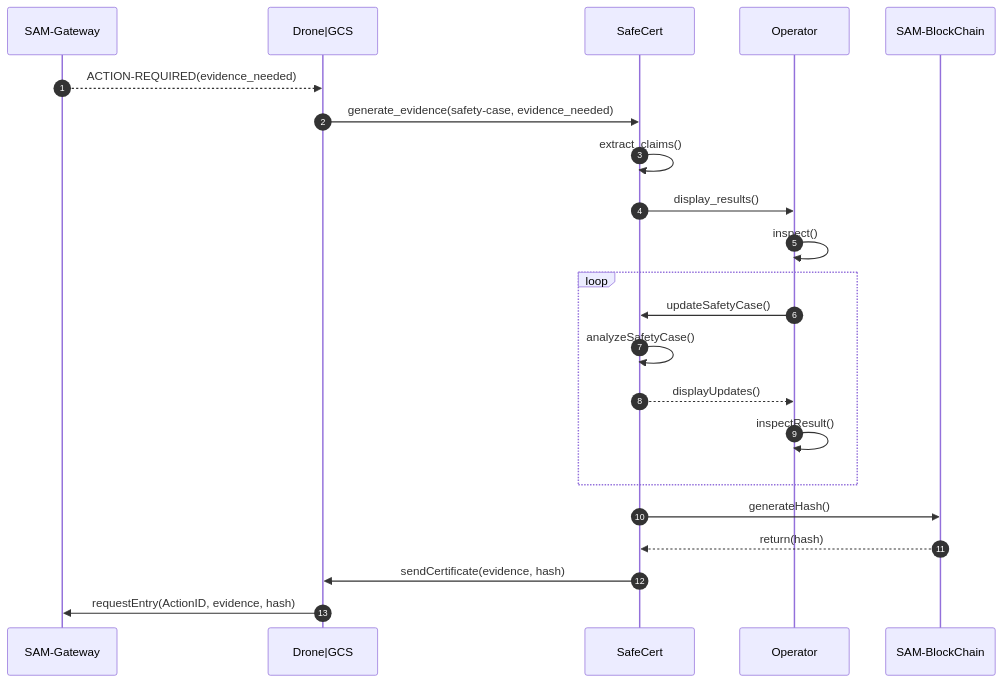
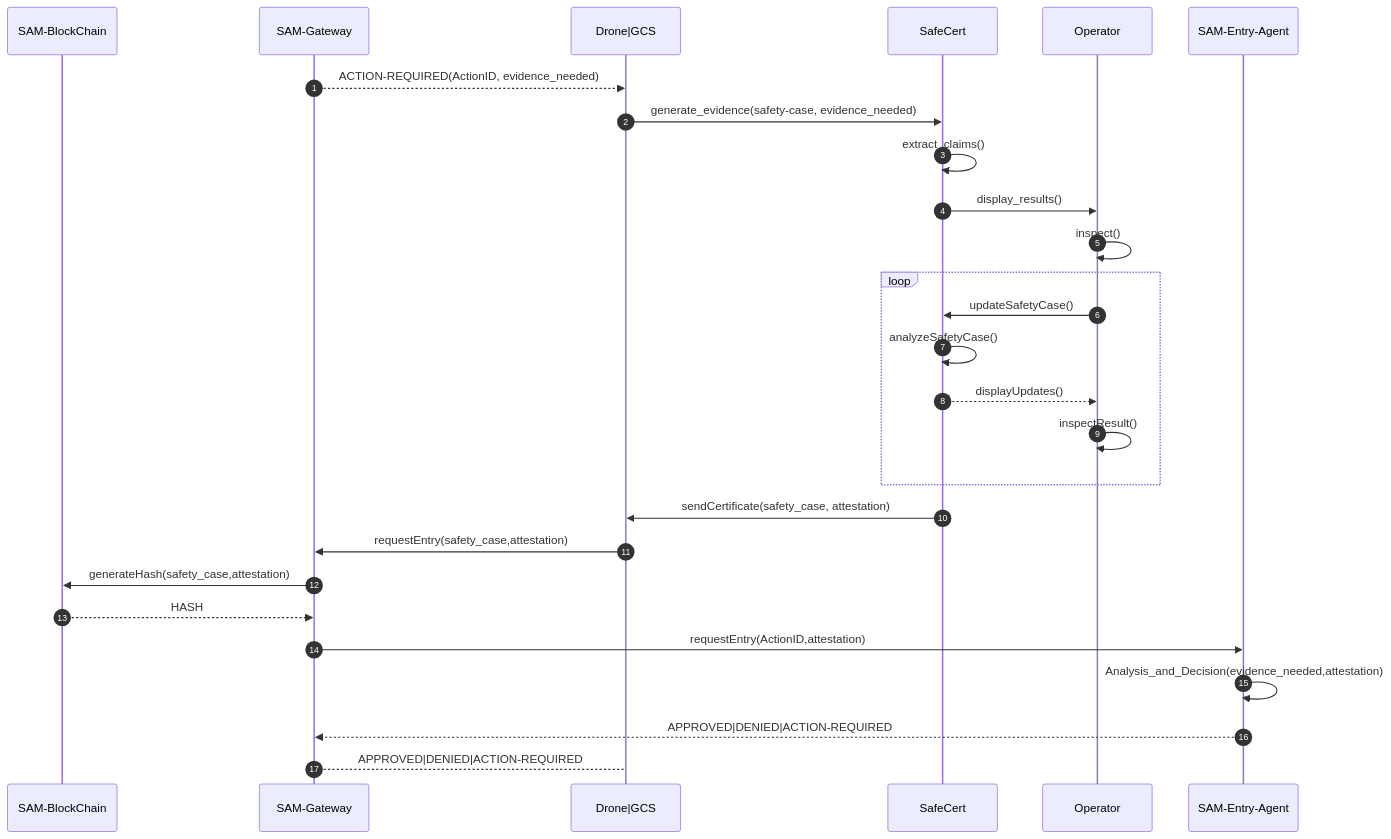
Before and after one commit to SADE-ZONE/workflows: the diagram in figures/svg/code_for_uml/generate_certificate.mmd, drawn with Mermaid. The commit also changed other lines of this file and 1 other file, not shown here.

Commit message:
Updated generate certificate.svg

```diff
--- a/figures/svg/code_for_uml/generate_certificate.mmd
+++ b/figures/svg/code_for_uml/generate_certificate.mmd
@@ -1,22 +1,26 @@
 sequenceDiagram
   autonumber
+  participant SAM-BlockChain
   participant SAM-Gateway
   participant Drone|GCS
   participant SafeCert
   participant Operator
-  participant SAM-BlockChain
-  SAM-Gateway -->> Drone|GCS: ACTION-REQUIRED(evidence_needed)
+  SAM-Gateway -->> Drone|GCS: ACTION-REQUIRED(ActionID, evidence_needed)
   Drone|GCS->> SafeCert: generate_evidence(safety-case, evidence_needed)
   SafeCert ->> SafeCert: extract_claims()
   SafeCert ->> Operator: display_results()
   Operator ->> Operator: inspect()
   loop 
     Operator->>SafeCert: updateSafetyCase()
     SafeCert->>SafeCert: analyzeSafetyCase()
     SafeCert -->> Operator: displayUpdates()
     Operator ->> Operator: inspectResult()
   end
-  SafeCert ->> SAM-BlockChain: generateHash()
-  SAM-BlockChain -->> SafeCert: return(hash) 
-  SafeCert ->> Drone|GCS: sendCertificate(evidence, hash)
-  Drone|GCS ->> SAM-Gateway: requestEntry(ActionID, evidence, hash)
+  SafeCert ->> Drone|GCS: sendCertificate(safety_case, attestation)
+  Drone|GCS ->> SAM-Gateway: requestEntry(safety_case,attestation)
+  SAM-Gateway ->> SAM-BlockChain: generateHash(safety_case,attestation)
+  SAM-BlockChain -->> SAM-Gateway: HASH
+  SAM-Gateway ->> SAM-Entry-Agent: requestEntry(ActionID,attestation)
+  SAM-Entry-Agent ->> SAM-Entry-Agent: Analysis_and_Decision(evidence_needed,attestation)
+  SAM-Entry-Agent -->>SAM-Gateway: APPROVED|DENIED|ACTION-REQUIRED
+  SAM-Gateway --> Drone|GCS: APPROVED|DENIED|ACTION-REQUIRED
```
